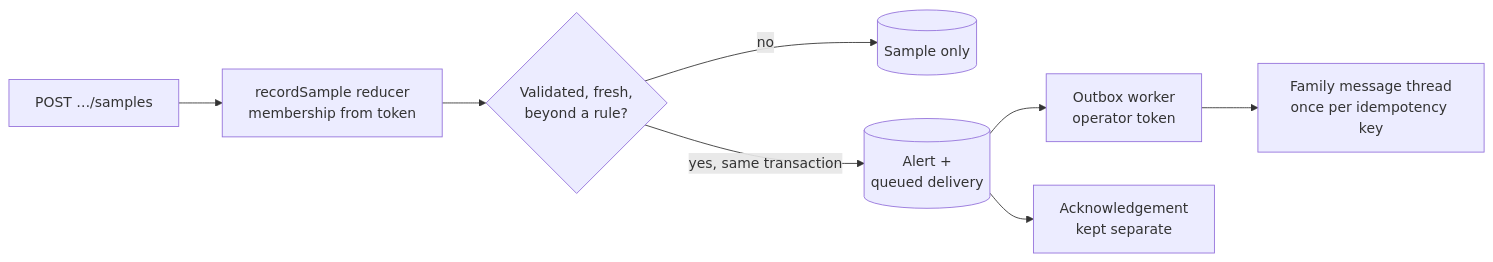
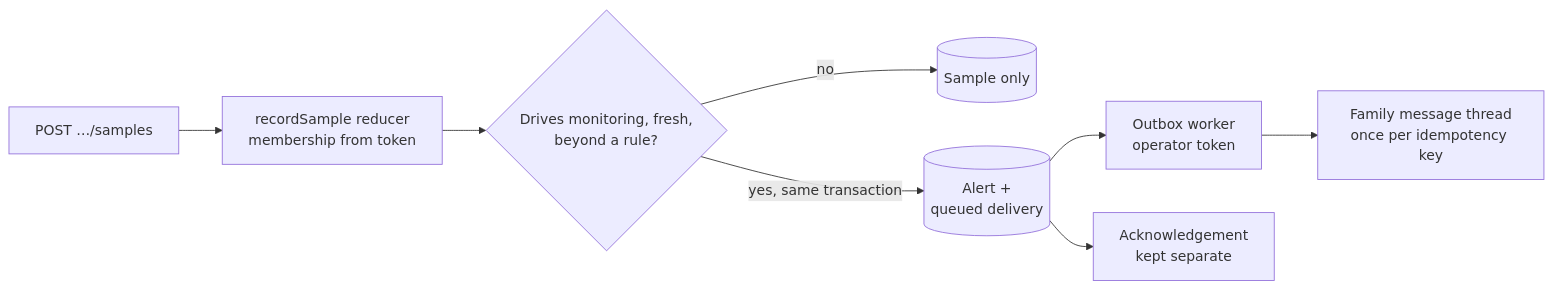
The eighth of 14 diagrams in README.md (42nights/telly), drawn with Mermaid before and after one commit. The commit also changed other lines of this file and 2 other files, not shown here.

````diff
--- a/README.md
+++ b/README.md
@@ -238,10 +242,10 @@
 ```mermaid
 flowchart LR
     sample["POST …/samples"] --> red["recordSample reducer<br/>membership from token"]
-    red --> rules{"Validated, fresh,<br/>beyond a rule?"}
+    red --> rules{"Drives monitoring, fresh,<br/>beyond a rule?"}
     rules -->|"no"| store[("Sample only")]
     rules -->|"yes, same transaction"| alert[("Alert +<br/>queued delivery")]
     alert --> outbox["Outbox worker<br/>operator token"]
     outbox --> thread["Family message thread<br/>once per idempotency key"]
     alert --> ack["Acknowledgement<br/>kept separate"]
 ```
````
